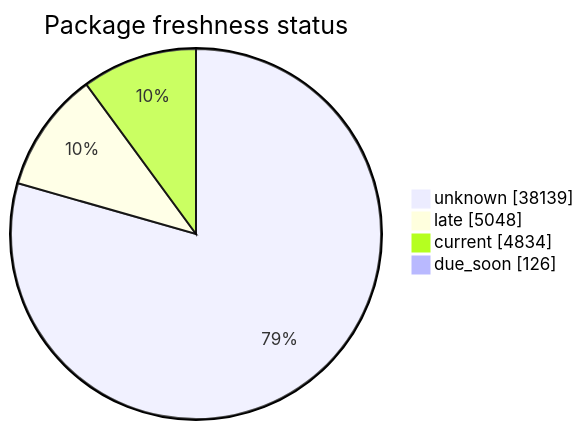
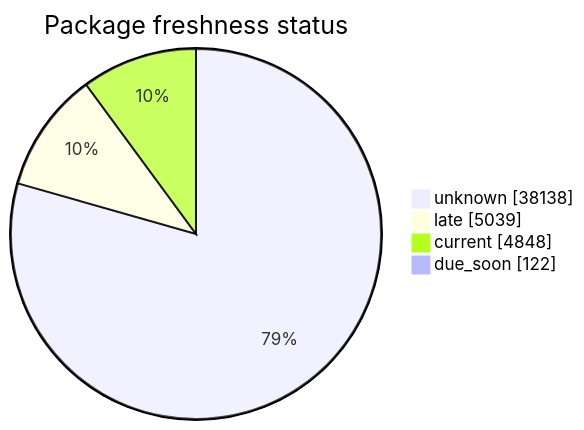
The second of 5 diagrams in FreshCheck/README.md (open-data/analytics-corporate-reporting), drawn with Mermaid before and after one commit. The commit also changed other lines of this file and 3 other files, not shown here.

````diff
--- a/FreshCheck/README.md
+++ b/FreshCheck/README.md
@@ -68,7 +68,7 @@
 ```mermaid
 pie showData title Package freshness status
-    "unknown": 38139
-    "late": 5048
-    "current": 4834
-    "due_soon": 126
+    "unknown": 38138
+    "late": 5039
+    "current": 4848
+    "due_soon": 122
 ```
````
